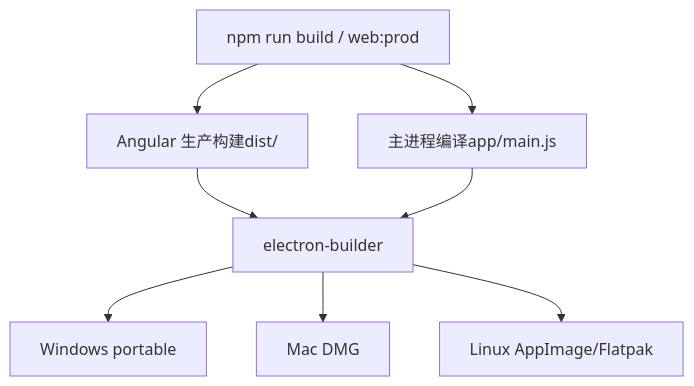
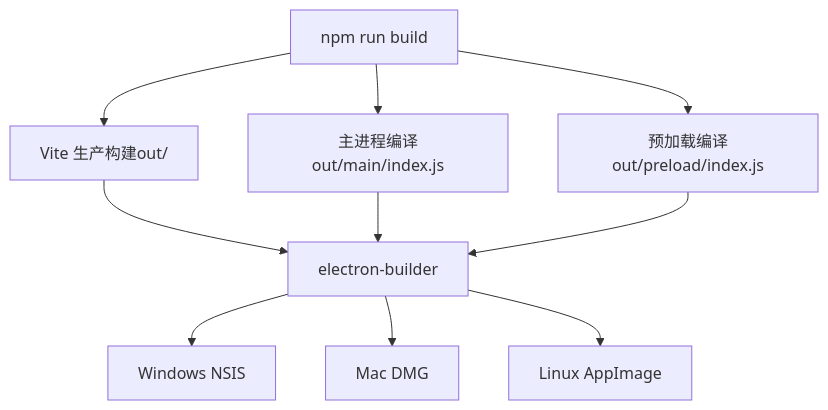
One commit to haolange/RDC-Agent changed the fourth of 5 diagrams in .qoder/repowiki/zh/content/构建与打包/构建脚本与工作流程.md. Above: the diagram before and after it, drawn with Mermaid. The commit also changed other lines of this file and 3 other files, not shown here.

````diff
--- a/.qoder/repowiki/zh/content/构建与打包/构建脚本与工作流程.md
+++ b/.qoder/repowiki/zh/content/构建与打包/构建脚本与工作流程.md
@@ -252,10 +181,12 @@
 ```mermaid
 flowchart TD
-BUILD["npm run build / web:prod"] --> NG["Angular 生产构建dist/"]
-BUILD --> TSC["主进程编译app/main.js"]
-NG --> EB["electron-builder"]
-TSC --> EB
-EB --> OUT_WIN["Windows portable"]
+BUILD["npm run build"] --> VITE["Vite 生产构建out/"]
+BUILD --> MAIN["主进程编译out/main/index.js"]
+BUILD --> PRELOAD["预加载编译out/preload/index.js"]
+VITE --> EB["electron-builder"]
+MAIN --> EB
+PRELOAD --> EB
+EB --> OUT_WIN["Windows NSIS"]
 EB --> OUT_MAC["Mac DMG"]
-EB --> OUT_LIN["Linux AppImage/Flatpak"]
+EB --> OUT_LIN["Linux AppImage"]
 ```
````
